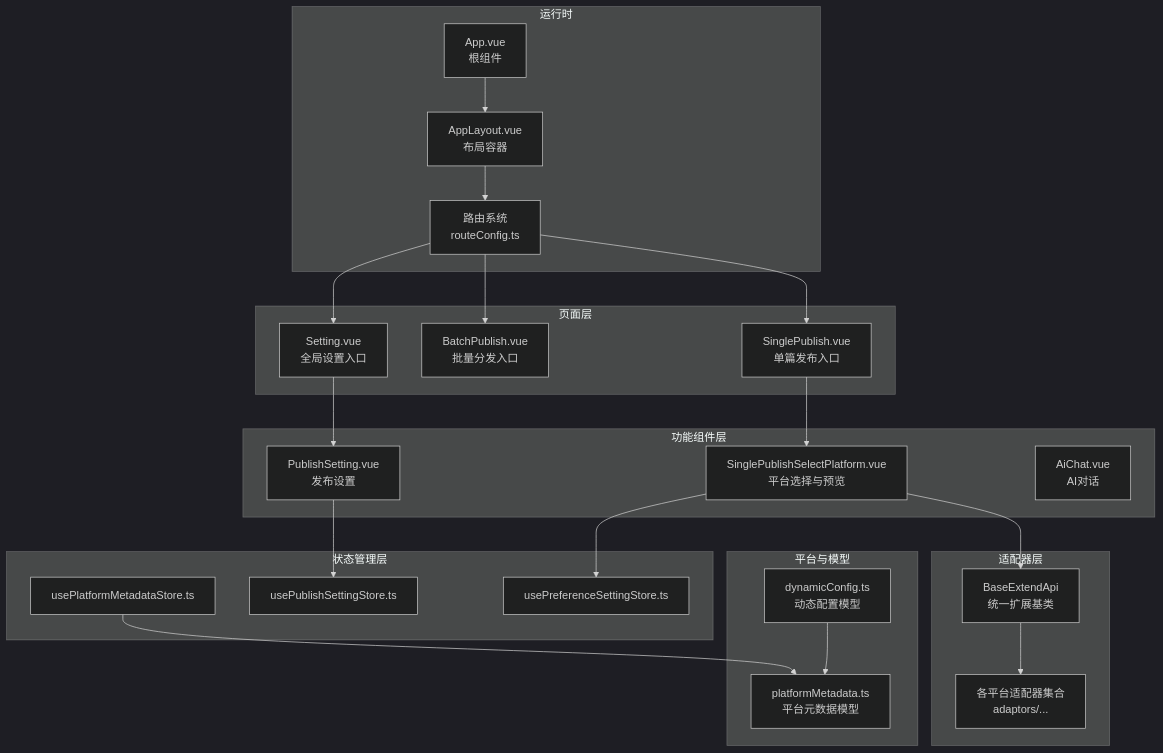
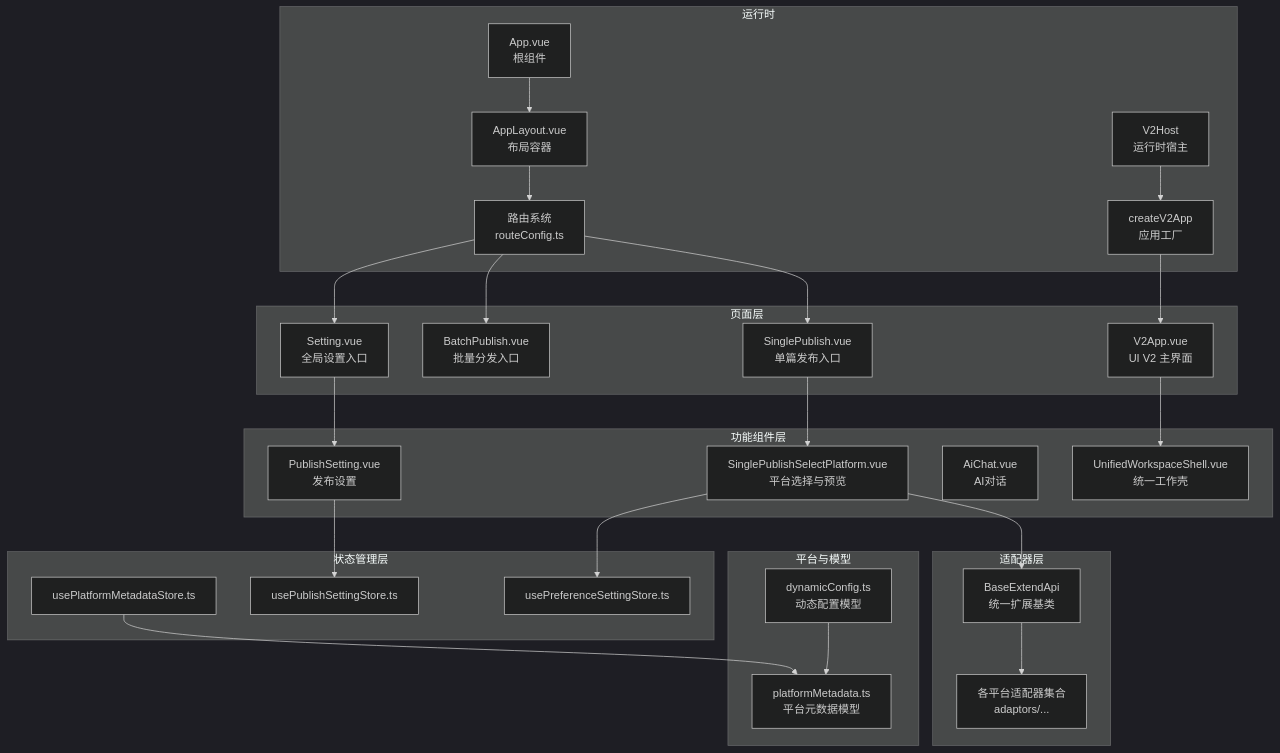
Before and after one commit to terwer/siyuan-plugin-publisher: the first of 11 diagrams in .qoder/repowiki/zh/content/核心架构/核心架构.md, drawn with Mermaid (dark theme). The commit also changed other lines of this file and 12 other files, not shown here.

First line of the commit message:
feat(ui-v2): implement V2 UI foundation and unified workspace shell

````diff
--- a/.qoder/repowiki/zh/content/核心架构/核心架构.md
+++ b/.qoder/repowiki/zh/content/核心架构/核心架构.md
@@ -39,41 +57,46 @@
 ```mermaid
 graph TB
 subgraph "运行时"
 A["App.vue<br/>根组件"]
 B["AppLayout.vue<br/>布局容器"]
 C["路由系统<br/>routeConfig.ts"]
+D["V2Host<br/>运行时宿主"]
+E["createV2App<br/>应用工厂"]
 end
 subgraph "页面层"
 P1["SinglePublish.vue<br/>单篇发布入口"]
 P2["BatchPublish.vue<br/>批量分发入口"]
 P3["Setting.vue<br/>全局设置入口"]
+V2["V2App.vue<br/>UI V2 主界面"]
 end
 subgraph "功能组件层"
 F1["SinglePublishSelectPlatform.vue<br/>平台选择与预览"]
 F2["PublishSetting.vue<br/>发布设置"]
 F3["AiChat.vue<br/>AI对话"]
+UWS["UnifiedWorkspaceShell.vue<br/>统一工作壳"]
 end
 subgraph "适配器层"
 X1["BaseExtendApi<br/>统一扩展基类"]
 X2["各平台适配器集合<br/>adaptors/..."]
 end
 subgraph "状态管理层"
 S1["usePlatformMetadataStore.ts"]
 S2["usePublishSettingStore.ts"]
 S3["usePreferenceSettingStore.ts"]
 end
 subgraph "平台与模型"
 M1["dynamicConfig.ts<br/>动态配置模型"]
 M2["platformMetadata.ts<br/>平台元数据模型"]
 end
 A --> B --> C
+D --> E --> V2 --> UWS
 C --> P1 & P2 & P3
 P1 --> F1
 P3 --> F2
 F1 --> X1
 X1 --> X2
 F2 --> S2
 F1 --> S3
 S1 --> M2
 M1 --> M2
 ```
````
